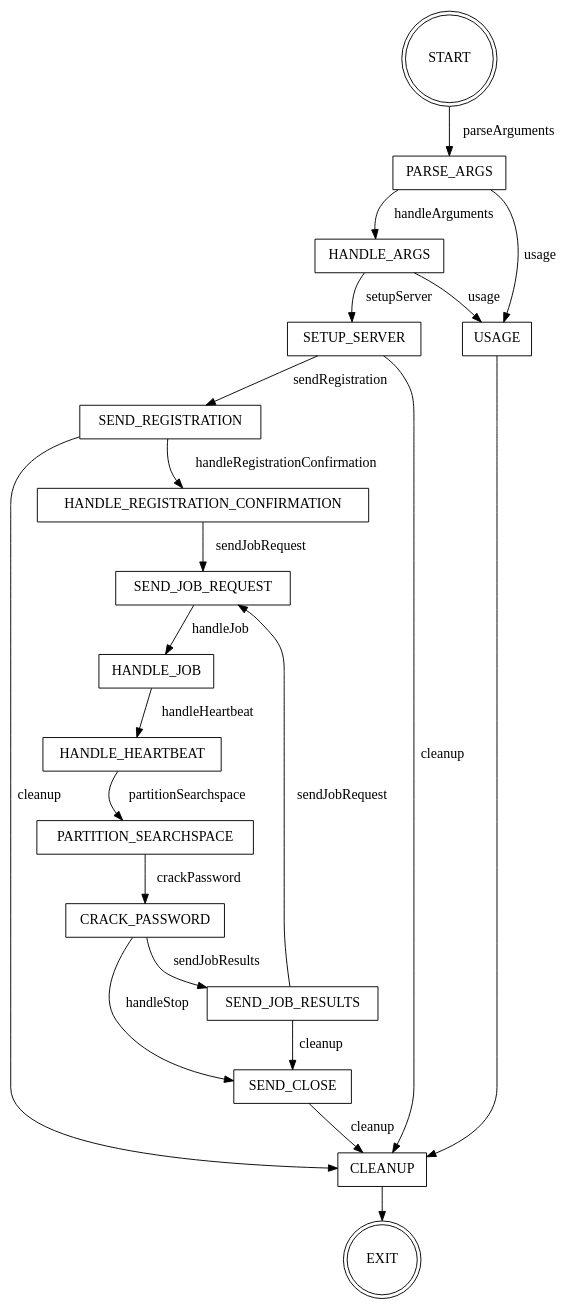
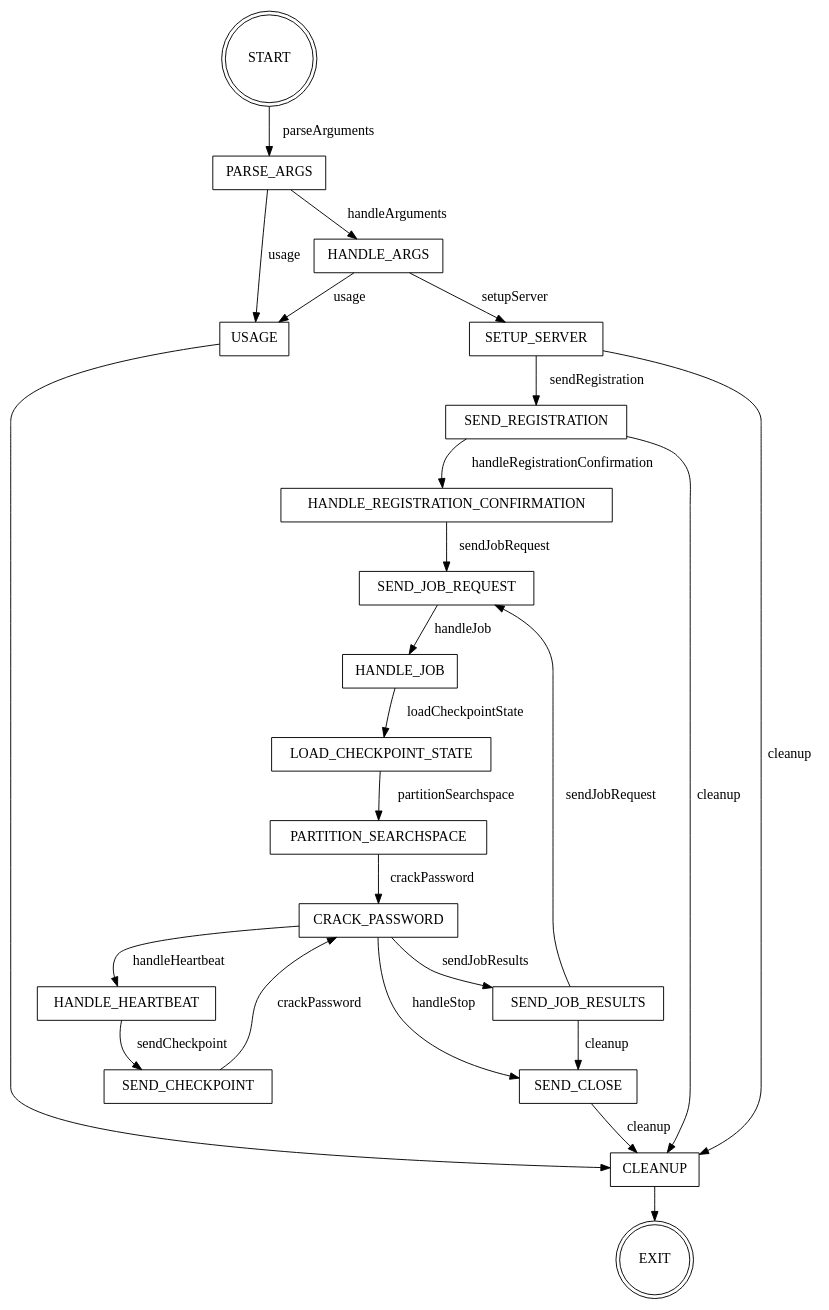
The diagram in worker.gv (A1exander-liU/comp-8005-assign-4), drawn with Graphviz before and after one commit.

Commit message:
docs(worker): update gv diagram

```diff
--- a/worker.gv
+++ b/worker.gv
@@ -1,58 +1,64 @@
 digraph Worker {
   node [shape = rectangle; fontsize = 15;];
   edge [fontsize = 15;];
   
   // States
   START [shape = "doublecircle";];
   PARSE_ARGS;
   HANDLE_ARGS;
   USAGE;
   SETUP_SERVER;
   SEND_REGISTRATION;
   HANDLE_REGISTRATION_CONFIRMATION;
   SEND_JOB_REQUEST;
+  LOAD_CHECKPOINT_STATE;
   HANDLE_JOB;
   PARTITION_SEARCHSPACE;
   HANDLE_HEARTBEAT;
+  SEND_CHECKPOINT;
   CRACK_PASSWORD;
   SEND_JOB_RESULTS;
   SEND_CLOSE:
   CLEANUP;
   EXIT [shape = "doublecircle";];
   
   // Transitions
   START -> PARSE_ARGS [label = "parseArguments";];
   
   PARSE_ARGS -> HANDLE_ARGS [label = "handleArguments";];
   PARSE_ARGS -> USAGE [label = "usage";];
   
   HANDLE_ARGS -> SETUP_SERVER [label = "setupServer";];
   HANDLE_ARGS -> USAGE [label = "usage";];
   
   SETUP_SERVER -> SEND_REGISTRATION [label = "sendRegistration";];
   SETUP_SERVER -> CLEANUP [label = "cleanup";];
   
   SEND_REGISTRATION -> HANDLE_REGISTRATION_CONFIRMATION [label = "handleRegistrationConfirmation";];
   SEND_REGISTRATION -> CLEANUP [label = "cleanup";];
   
   HANDLE_REGISTRATION_CONFIRMATION -> SEND_JOB_REQUEST [label = "sendJobRequest";];
   
   SEND_JOB_REQUEST -> HANDLE_JOB [label = "handleJob";];
   
-  HANDLE_JOB -> HANDLE_HEARTBEAT [label = "handleHeartbeat";];
+  HANDLE_JOB -> LOAD_CHECKPOINT_STATE [label = "loadCheckpointState";];
   
-  HANDLE_HEARTBEAT -> PARTITION_SEARCHSPACE [label = "partitionSearchspace";];
+  LOAD_CHECKPOINT_STATE -> PARTITION_SEARCHSPACE [label = "partitionSearchspace";];
   
   PARTITION_SEARCHSPACE -> CRACK_PASSWORD [label = "crackPassword";];
+  
+  CRACK_PASSWORD -> HANDLE_HEARTBEAT [label = "handleHeartbeat";];
+  HANDLE_HEARTBEAT -> SEND_CHECKPOINT [label = "sendCheckpoint";];
+  SEND_CHECKPOINT -> CRACK_PASSWORD [label = "crackPassword";];
   
   CRACK_PASSWORD -> SEND_JOB_RESULTS [label = "sendJobResults";];
   
   CRACK_PASSWORD -> SEND_CLOSE [label = "handleStop";];
   
   SEND_JOB_RESULTS -> SEND_JOB_REQUEST [label = "sendJobRequest";];
   SEND_JOB_RESULTS -> SEND_CLOSE [label = "cleanup";];
   
   SEND_CLOSE -> CLEANUP [label = "cleanup";];
   USAGE -> CLEANUP;
   CLEANUP -> EXIT;
 }
```
